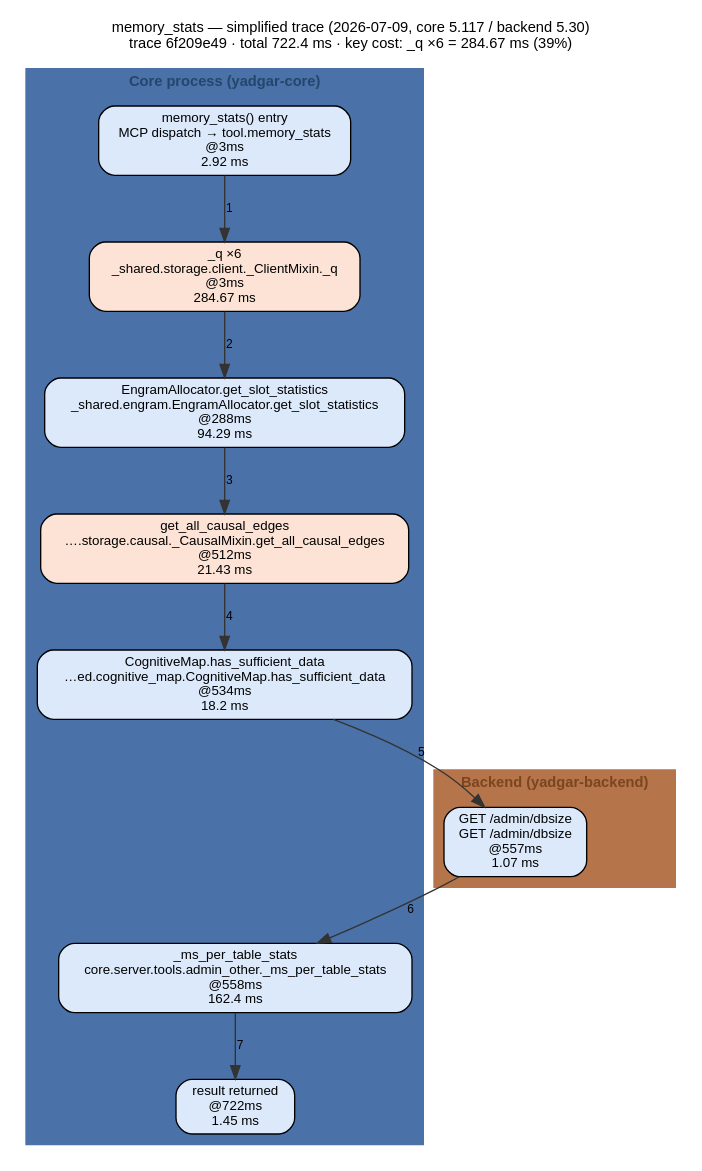
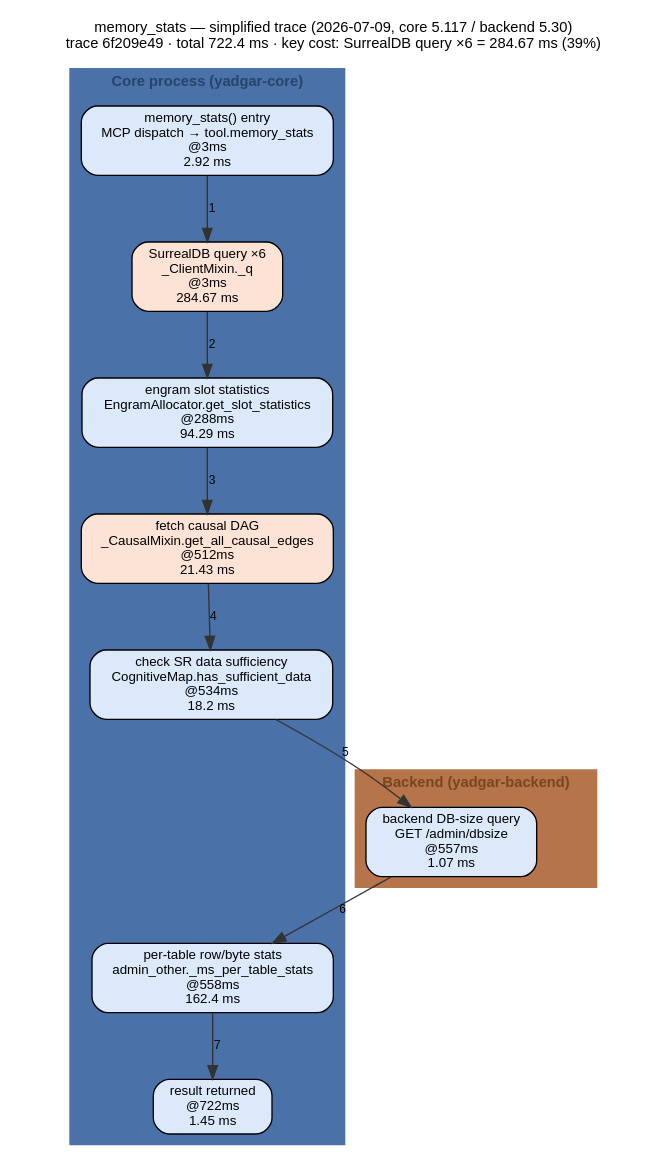
The diagram in docs/diagrams/out/memory_stats-trace-2026-07-09.dot (m-agahi/yadgar), drawn with Graphviz before and after one commit. The commit also changed 97 other files, not shown here.

First line of the commit message:
docs(diagrams): friendly stage aliases in simplified trace renders

```diff
--- a/docs/diagrams/out/memory_stats-trace-2026-07-09.dot
+++ b/docs/diagrams/out/memory_stats-trace-2026-07-09.dot
@@ -1,43 +1,43 @@
 digraph flow {
   rankdir="TB";
   newrank=true;
   compound=true;
   nodesep=0.35;
   ranksep=0.55;
   graph [fontname="Helvetica", fontsize=11, labelloc="t"];
   node  [fontname="Helvetica", fontsize=10];
   edge  [fontname="Helvetica", fontsize=9];
   label="memory_stats — simplified trace (2026-07-09, core 5.117 / backend 5.30)
-trace 6f209e49 · total 722.4 ms · key cost: _q ×6 = 284.67 ms (39%)";
+trace 6f209e49 · total 722.4 ms · key cost: SurrealDB query ×6 = 284.67 ms (39%)";
   subgraph "cluster_core" {
     label="Core process (yadgar-core)";
     style=filled;
     bgcolor="#eef4fb";
     color="#4a72a8";
     fontcolor="#26456b";
     fontname="Helvetica-Bold";
     "entry" [shape="box", style="rounded,filled", fillcolor="#dbe9fb", label="memory_stats() entry\nMCP dispatch → tool.memory_stats\n@3ms\n2.92 ms"];
-    "s0" [shape="box", style="rounded,filled", fillcolor="#fce3d6", label="_q ×6\n_shared.storage.client._ClientMixin._q\n@3ms\n284.67 ms"];
-    "s1" [shape="box", style="rounded,filled", fillcolor="#dbe9fb", label="EngramAllocator.get_slot_statistics\n_shared.engram.EngramAllocator.get_slot_statistics\n@288ms\n94.29 ms"];
-    "s2" [shape="box", style="rounded,filled", fillcolor="#fce3d6", label="get_all_causal_edges\n….storage.causal._CausalMixin.get_all_causal_edges\n@512ms\n21.43 ms"];
-    "s3" [shape="box", style="rounded,filled", fillcolor="#dbe9fb", label="CognitiveMap.has_sufficient_data\n…ed.cognitive_map.CognitiveMap.has_sufficient_data\n@534ms\n18.2 ms"];
-    "s5" [shape="box", style="rounded,filled", fillcolor="#dbe9fb", label="_ms_per_table_stats\ncore.server.tools.admin_other._ms_per_table_stats\n@558ms\n162.4 ms"];
+    "s0" [shape="box", style="rounded,filled", fillcolor="#fce3d6", label="SurrealDB query ×6\n_ClientMixin._q\n@3ms\n284.67 ms"];
+    "s1" [shape="box", style="rounded,filled", fillcolor="#dbe9fb", label="engram slot statistics\nEngramAllocator.get_slot_statistics\n@288ms\n94.29 ms"];
+    "s2" [shape="box", style="rounded,filled", fillcolor="#fce3d6", label="fetch causal DAG\n_CausalMixin.get_all_causal_edges\n@512ms\n21.43 ms"];
+    "s3" [shape="box", style="rounded,filled", fillcolor="#dbe9fb", label="check SR data sufficiency\nCognitiveMap.has_sufficient_data\n@534ms\n18.2 ms"];
+    "s5" [shape="box", style="rounded,filled", fillcolor="#dbe9fb", label="per-table row/byte stats\nadmin_other._ms_per_table_stats\n@558ms\n162.4 ms"];
     "done" [shape="box", style="rounded,filled", fillcolor="#dbe9fb", label="result returned\n@722ms\n1.45 ms"];
   }
   subgraph "cluster_backend" {
     label="Backend (yadgar-backend)";
     style=filled;
     bgcolor="#fbf0ea";
     color="#b5744a";
     fontcolor="#7a4620";
     fontname="Helvetica-Bold";
-    "s4" [shape="box", style="rounded,filled", fillcolor="#dbe9fb", label="GET /admin/dbsize\nGET /admin/dbsize\n@557ms\n1.07 ms"];
+    "s4" [shape="box", style="rounded,filled", fillcolor="#dbe9fb", label="backend DB-size query\nGET /admin/dbsize\n@557ms\n1.07 ms"];
   }
   "entry" -> "s0" [color="#333333", style="solid", label="1"];
   "s0" -> "s1" [color="#333333", style="solid", label="2"];
   "s1" -> "s2" [color="#333333", style="solid", label="3"];
   "s2" -> "s3" [color="#333333", style="solid", label="4"];
   "s3" -> "s4" [color="#333333", style="solid", label="5"];
   "s4" -> "s5" [color="#333333", style="solid", label="6"];
   "s5" -> "done" [color="#333333", style="solid", label="7"];
 }
```
